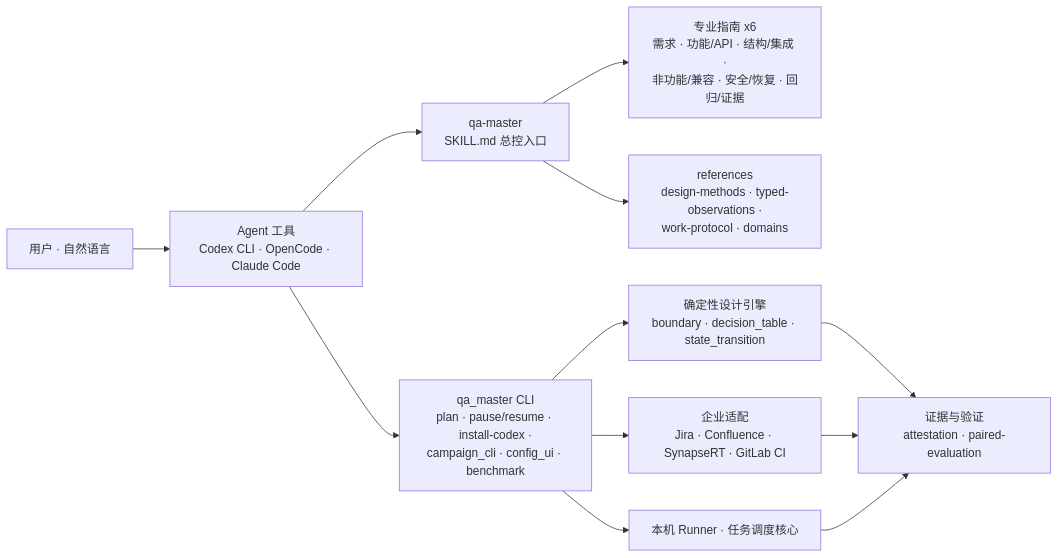
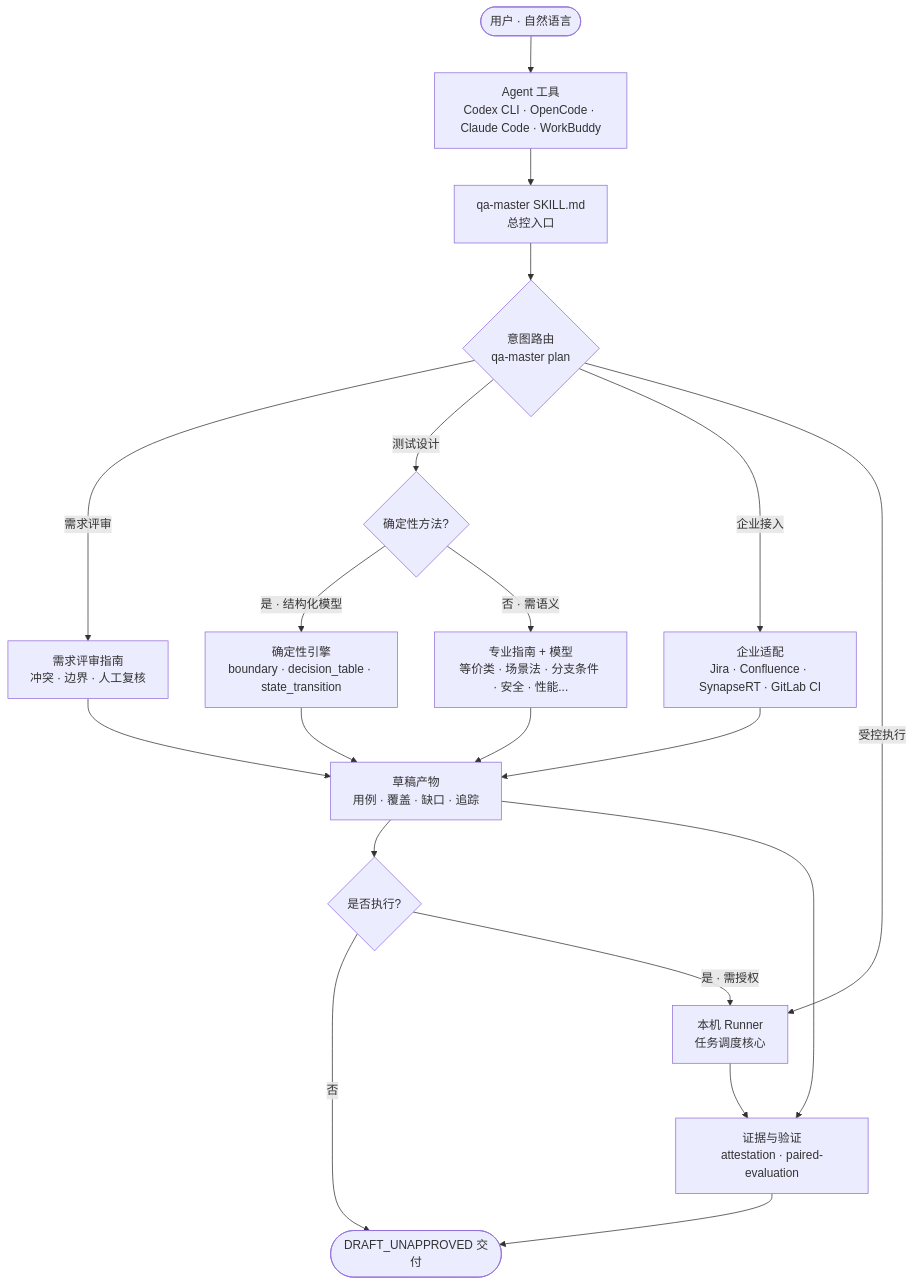
The diagram in README.md (leongibhub/QA-Master-Skill), drawn with Mermaid before and after one commit. The commit also changed other lines of this file, not shown here.

Commit message:
docs: add WorkBuddy, expand test-design methods, flowchart architecture, reframe boundaries

````diff
--- a/README.md
+++ b/README.md
@@ -127,14 +131,22 @@
 ```mermaid
-flowchart LR
-    U[用户 · 自然语言] --> A[Agent 工具<br/>Codex CLI · OpenCode · Claude Code]
-    A --> S[qa-master<br/>SKILL.md 总控入口]
-    S --> P[专业指南 x6<br/>需求 · 功能/API · 结构/集成 ·<br/>非功能/兼容 · 安全/恢复 · 回归/证据]
-    S --> R[references<br/>design-methods · typed-observations ·<br/>work-protocol · domains]
-    A --> CLI[qa_master CLI<br/>plan · pause/resume · install-codex ·<br/>campaign_cli · config_ui · benchmark]
-    CLI --> E[确定性设计引擎<br/>boundary · decision_table · state_transition]
-    CLI --> AD[企业适配<br/>Jira · Confluence · SynapseRT · GitLab CI]
-    CLI --> RUN[本机 Runner · 任务调度核心]
-    E --> V[证据与验证<br/>attestation · paired-evaluation]
-    AD --> V
-    RUN --> V
+flowchart TD
+    A([用户 · 自然语言]) --> B[Agent 工具<br/>Codex CLI · OpenCode · Claude Code · WorkBuddy]
+    B --> C[qa-master SKILL.md<br/>总控入口]
+    C --> D{意图路由<br/>qa-master plan}
+    D -->|需求评审| E[需求评审指南<br/>冲突 · 边界 · 人工复核]
+    D -->|测试设计| F{确定性方法?}
+    D -->|企业接入| G[企业适配<br/>Jira · Confluence · SynapseRT · GitLab CI]
+    D -->|受控执行| H[本机 Runner<br/>任务调度核心]
+    F -->|是 · 结构化模型| I[确定性引擎<br/>boundary · decision_table · state_transition]
+    F -->|否 · 需语义| J[专业指南 + 模型<br/>等价类 · 场景法 · 分支条件 · 安全 · 性能...]
+    E --> K[草稿产物<br/>用例 · 覆盖 · 缺口 · 追踪]
+    I --> K
+    J --> K
+    G --> K
+    K --> L{是否执行?}
+    L -->|否| M([DRAFT_UNAPPROVED 交付])
+    L -->|是 · 需授权| H
+    H --> N[证据与验证<br/>attestation · paired-evaluation]
+    K --> N
+    N --> M
 ```
````
